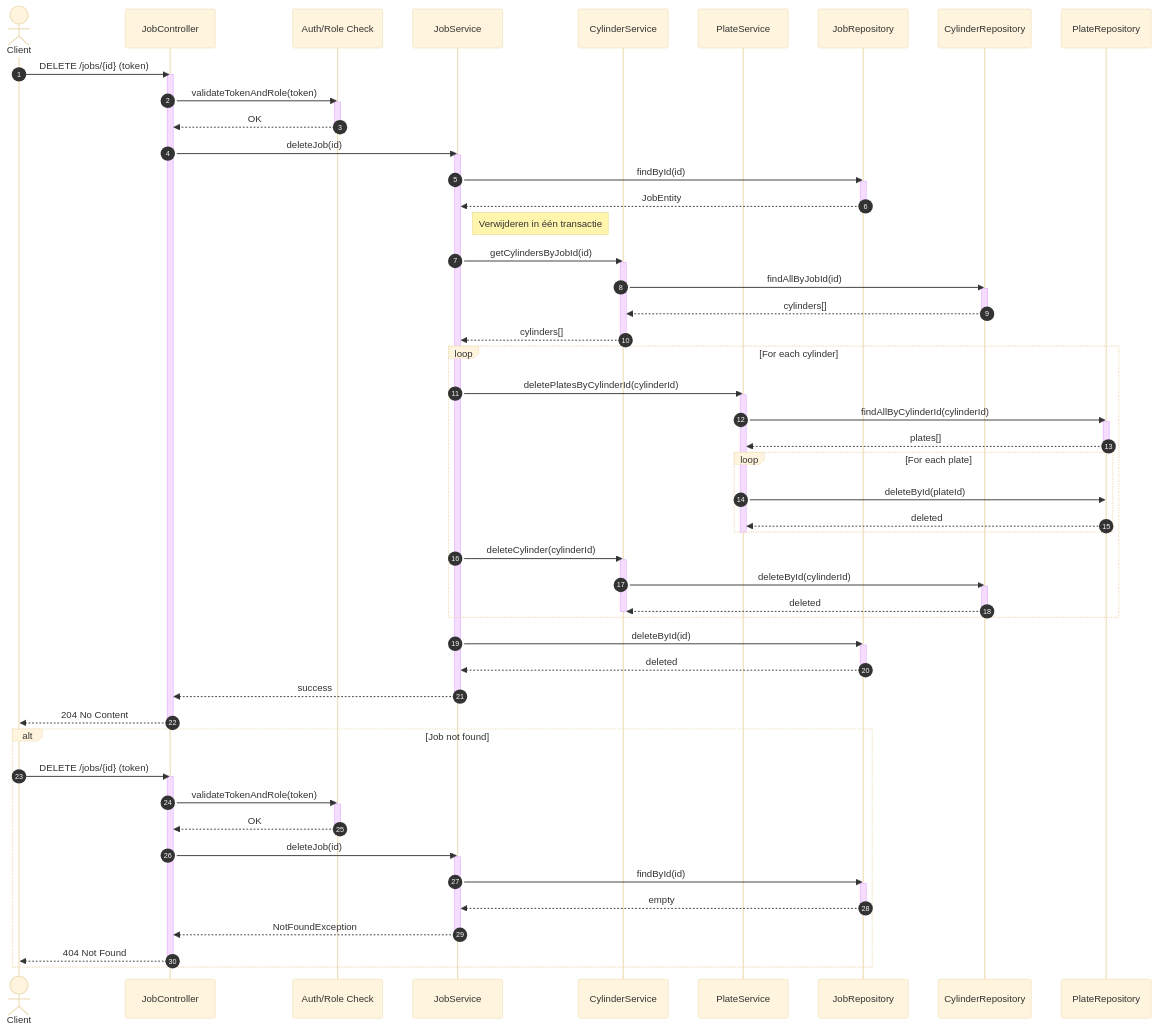
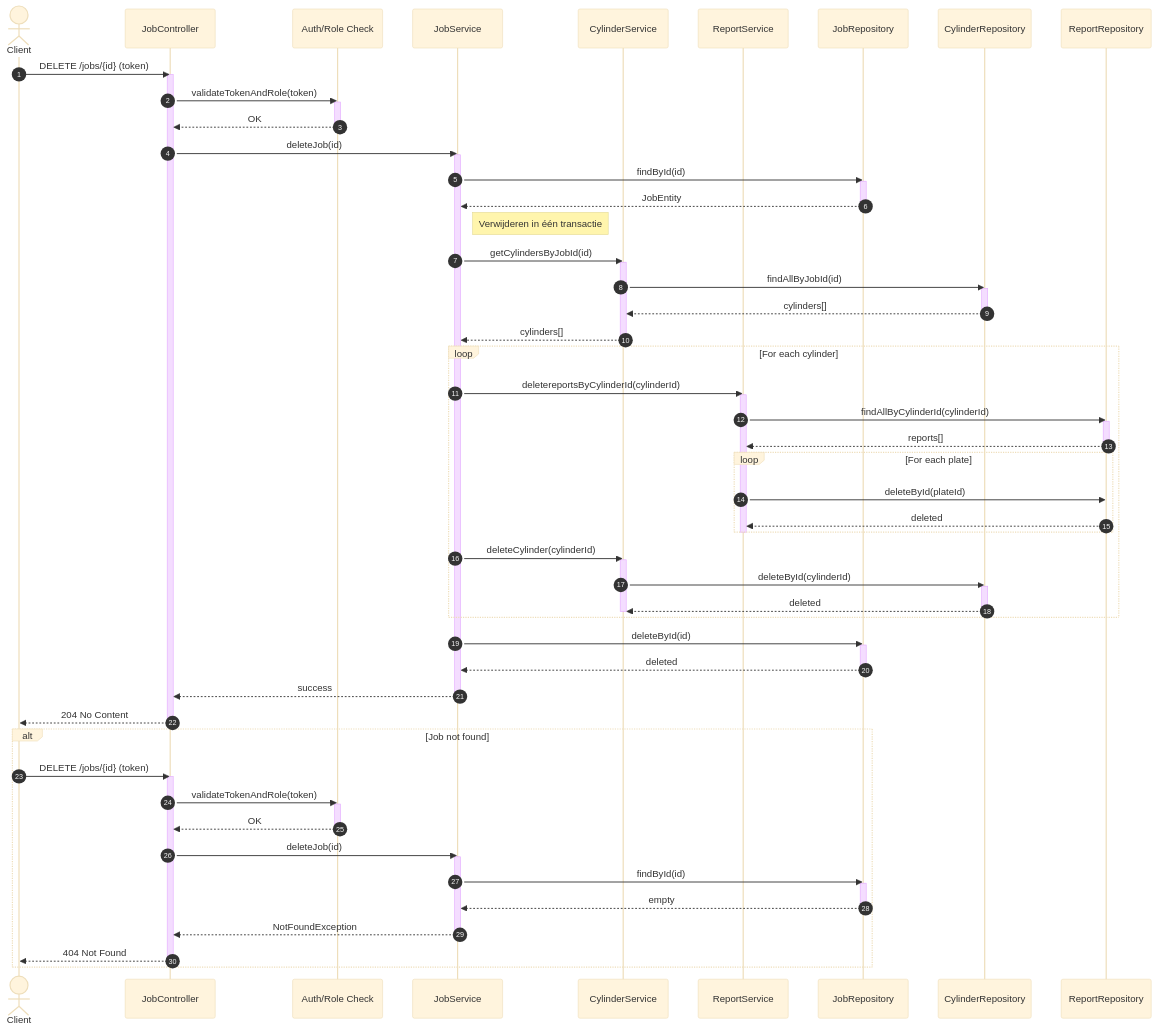
The diagram in src/main/java/nl/avflexologic/wbje/classDiagram/sequenceDiagram_DeleteJob.MMD (Th3Bl0ndG0d/WBJE_Backend), drawn with Mermaid (base theme) before and after one commit. The commit also changed 20 other files, not shown here.

Commit message:
Fixed some mapping issues to comply to my sequence diagram

```diff
--- a/src/main/java/nl/avflexologic/wbje/classDiagram/sequenceDiagram_DeleteJob.MMD
+++ b/src/main/java/nl/avflexologic/wbje/classDiagram/sequenceDiagram_DeleteJob.MMD
@@ -1,106 +1,106 @@
 sequenceDiagram
     autonumber
 
     actor Client
     participant JobController
     participant AuthFilter as Auth/Role Check
     participant JobService
     participant CylinderService
-    participant PlateService
+    participant ReportService
     participant JobRepository
     participant CylinderRepository
-    participant PlateRepository
+    participant ReportRepository
 
 %% ========================
 %% 1) Happy flow
 %% ========================
     Client->>JobController: DELETE /jobs/{id} (token)
     activate JobController
 
     JobController->>AuthFilter: validateTokenAndRole(token)
     activate AuthFilter
     AuthFilter-->>JobController: OK
     deactivate AuthFilter
 
     JobController->>JobService: deleteJob(id)
     activate JobService
 
     JobService->>JobRepository: findById(id)
     activate JobRepository
     JobRepository-->>JobService: JobEntity
     deactivate JobRepository
 
     Note right of JobService: Verwijderen in één transactie
 
     JobService->>CylinderService: getCylindersByJobId(id)
     activate CylinderService
     CylinderService->>CylinderRepository: findAllByJobId(id)
     activate CylinderRepository
     CylinderRepository-->>CylinderService: cylinders[]
     deactivate CylinderRepository
     CylinderService-->>JobService: cylinders[]
     deactivate CylinderService
 
     loop For each cylinder
-        JobService->>PlateService: deletePlatesByCylinderId(cylinderId)
-        activate PlateService
+        JobService->>ReportService: deletereportsByCylinderId(cylinderId)
+        activate ReportService
 
-        PlateService->>PlateRepository: findAllByCylinderId(cylinderId)
-        activate PlateRepository
-        PlateRepository-->>PlateService: plates[]
-        deactivate PlateRepository
+        ReportService->>ReportRepository: findAllByCylinderId(cylinderId)
+        activate ReportRepository
+        ReportRepository-->>ReportService: reports[]
+        deactivate ReportRepository
 
         loop For each plate
-            PlateService->>PlateRepository: deleteById(plateId)
-            PlateRepository-->>PlateService: deleted
+            ReportService->>ReportRepository: deleteById(plateId)
+            ReportRepository-->>ReportService: deleted
         end
 
-        deactivate PlateService
+        deactivate ReportService
 
         JobService->>CylinderService: deleteCylinder(cylinderId)
         activate CylinderService
         CylinderService->>CylinderRepository: deleteById(cylinderId)
         activate CylinderRepository
         CylinderRepository-->>CylinderService: deleted
         deactivate CylinderRepository
         deactivate CylinderService
     end
 
     JobService->>JobRepository: deleteById(id)
     activate JobRepository
     JobRepository-->>JobService: deleted
     deactivate JobRepository
 
     JobService-->>JobController: success
     deactivate JobService
 
     JobController-->>Client: 204 No Content
     deactivate JobController
 
 
 %% ========================
 %% 2) Alternative flow: Job not found
 %% ========================
     alt Job not found
         Client->>JobController: DELETE /jobs/{id} (token)
         activate JobController
 
         JobController->>AuthFilter: validateTokenAndRole(token)
         activate AuthFilter
         AuthFilter-->>JobController: OK
         deactivate AuthFilter
 
         JobController->>JobService: deleteJob(id)
         activate JobService
 
         JobService->>JobRepository: findById(id)
         activate JobRepository
         JobRepository-->>JobService: empty
         deactivate JobRepository
 
         JobService-->>JobController: NotFoundException
         deactivate JobService
 
         JobController-->>Client: 404 Not Found
         deactivate JobController
     end
```
